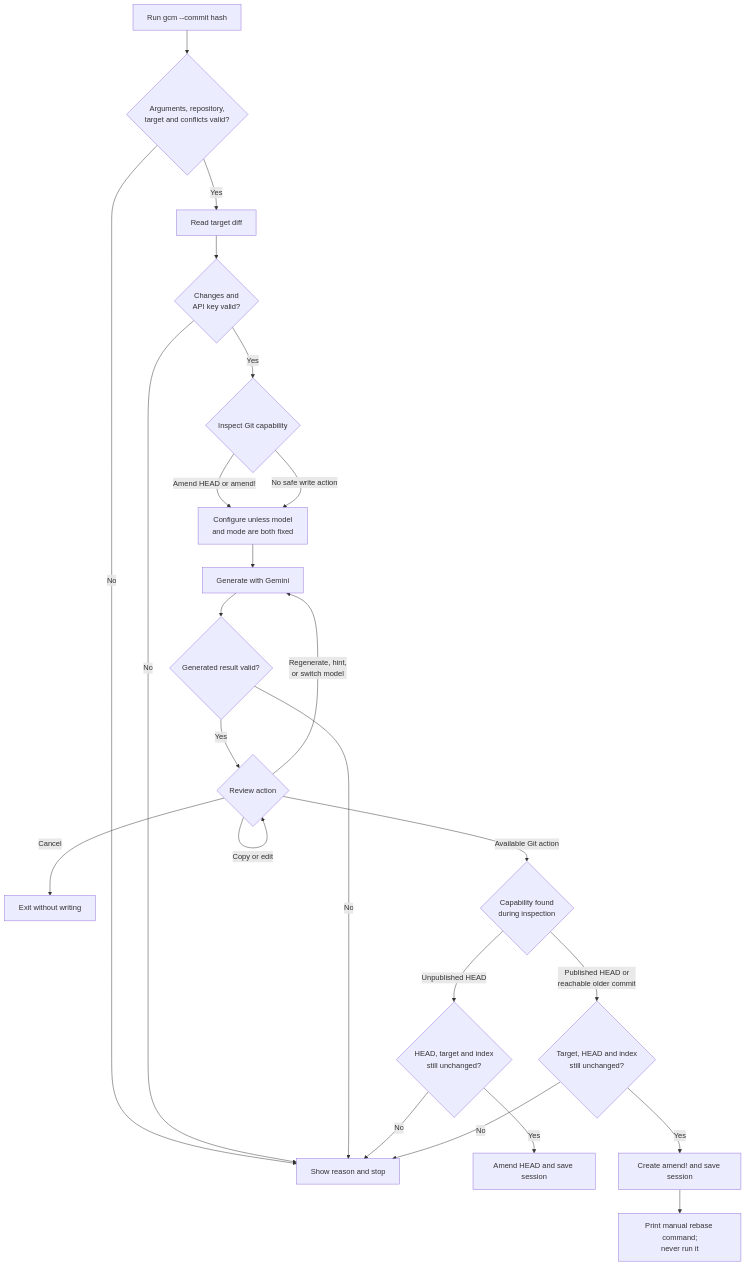
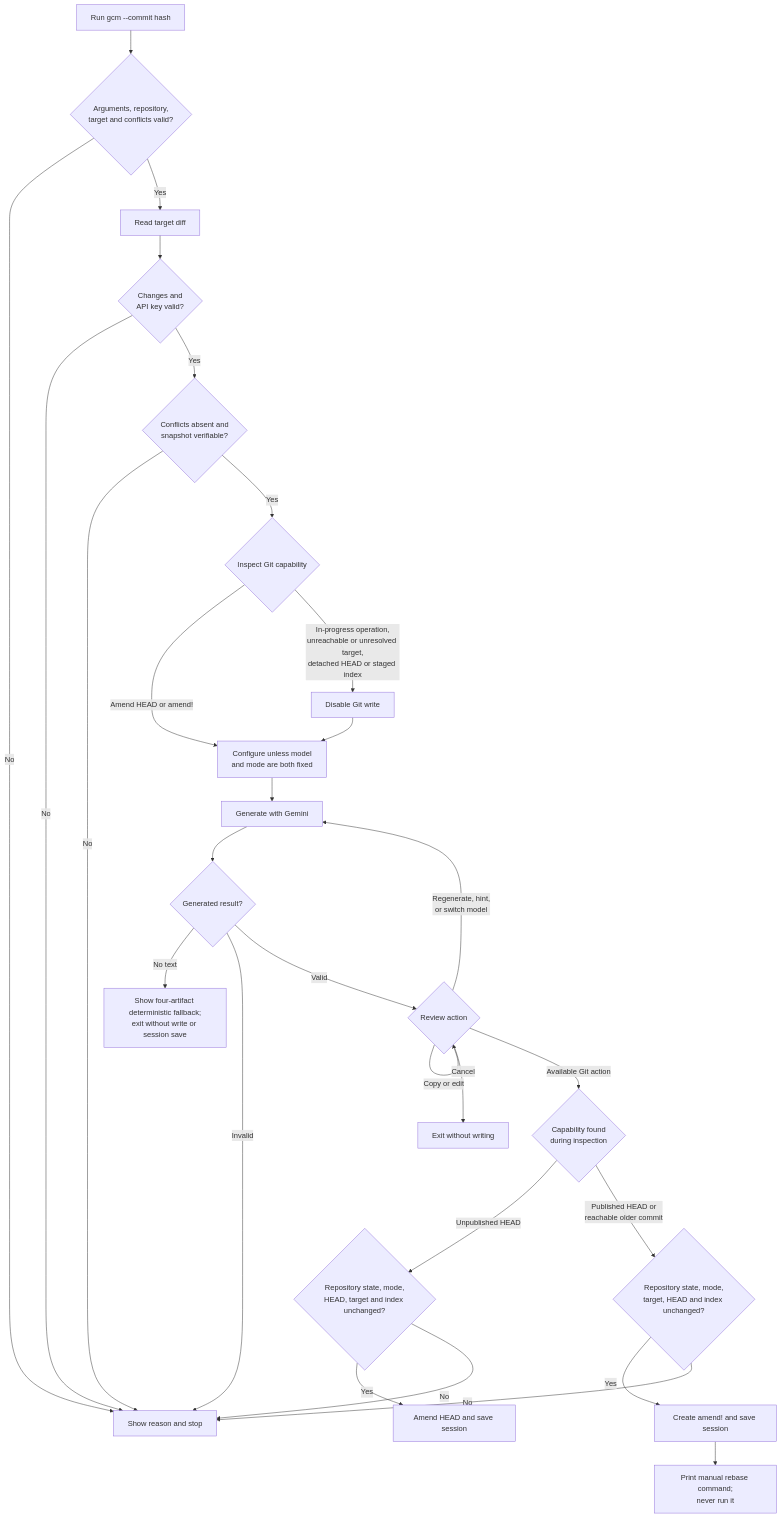
One commit to cebreus/gcm changed the second of 2 diagrams in docs/user-flow.md. Above: the diagram before and after it, drawn with Mermaid. The commit also changed other lines of this file and 47 other files, not shown here.

````diff
--- a/docs/user-flow.md
+++ b/docs/user-flow.md
@@ -42,26 +51,30 @@
 ```mermaid
 flowchart TD
   A[Run gcm --commit hash] --> B{Arguments, repository,<br/>target and conflicts valid?}
   B -- No --> X[Show reason and stop]
   B -- Yes --> C[Read target diff]
   C --> C2{Changes and<br/>API key valid?}
   C2 -- No --> X
-  C2 -- Yes --> C3{Inspect Git capability}
-  C3 -- Amend HEAD or amend! --> D[Configure unless model<br/>and mode are both fixed]
-  C3 -- No safe write action --> D
+  C2 -- Yes --> C3{Conflicts absent and<br/>snapshot verifiable?}
+  C3 -- No --> X
+  C3 -- Yes --> C4{Inspect Git capability}
+  C4 -- Amend HEAD or amend! --> D[Configure unless model<br/>and mode are both fixed]
+  C4 -- In-progress operation,<br/>unreachable or unresolved target,<br/>detached HEAD or staged index --> R[Disable Git write]
+  R --> D
   D --> E[Generate with Gemini]
-  E --> F{Generated result valid?}
-  F -- No --> X
-  F -- Yes --> G{Review action}
+  E --> F{Generated result?}
+  F -- No text --> Y[Show four-artifact deterministic fallback;<br/>exit without write or session save]
+  F -- Invalid --> X
+  F -- Valid --> G{Review action}
   G -- Copy or edit --> G
   G -- Regenerate, hint,<br/>or switch model --> E
   G -- Cancel --> Z[Exit without writing]
   G -- Available Git action --> H{Capability found<br/>during inspection}
-  H -- Unpublished HEAD --> I{HEAD, target and index<br/>still unchanged?}
+  H -- Unpublished HEAD --> I{Repository state, mode,<br/>HEAD, target and index unchanged?}
   I -- Yes --> J[Amend HEAD and save session]
   I -- No --> X
-  H -- Published HEAD or<br/>reachable older commit --> K{Target, HEAD and index<br/>still unchanged?}
+  H -- Published HEAD or<br/>reachable older commit --> K{Repository state, mode,<br/>target, HEAD and index unchanged?}
   K -- Yes --> L[Create amend! and save session]
   L --> M[Print manual rebase command;<br/>never run it]
   K -- No --> X
 ```
````
